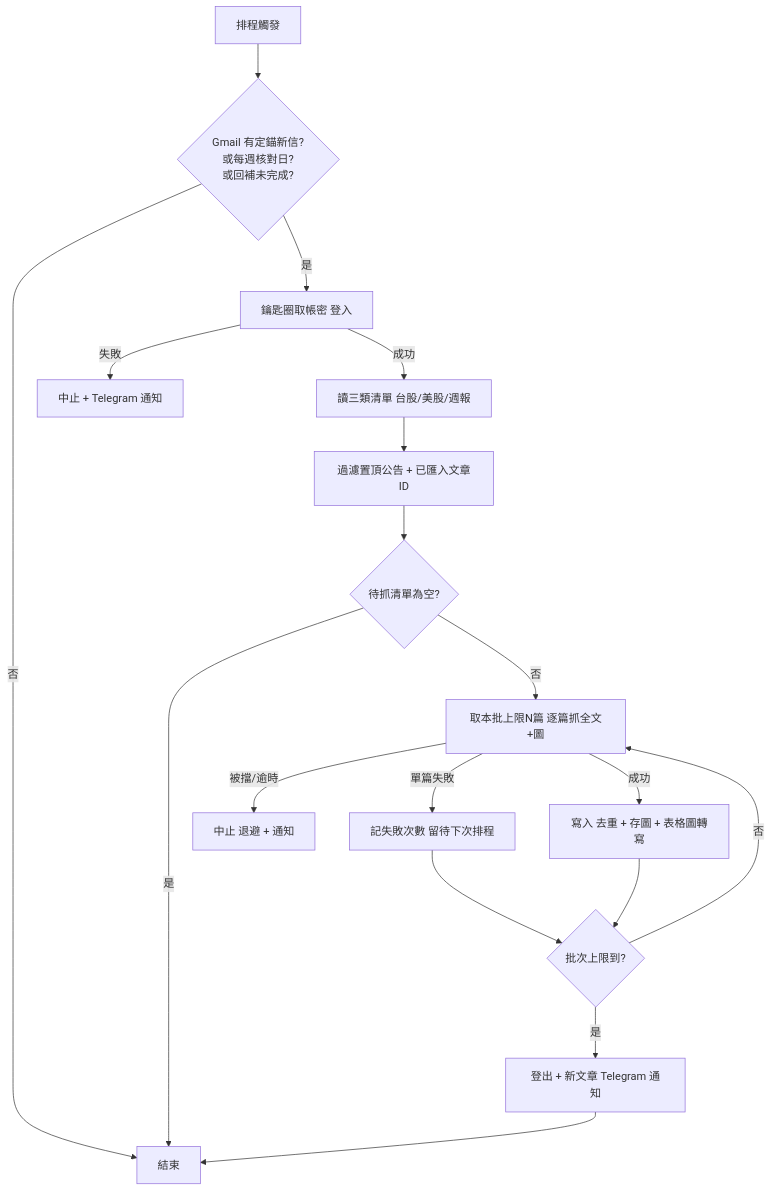
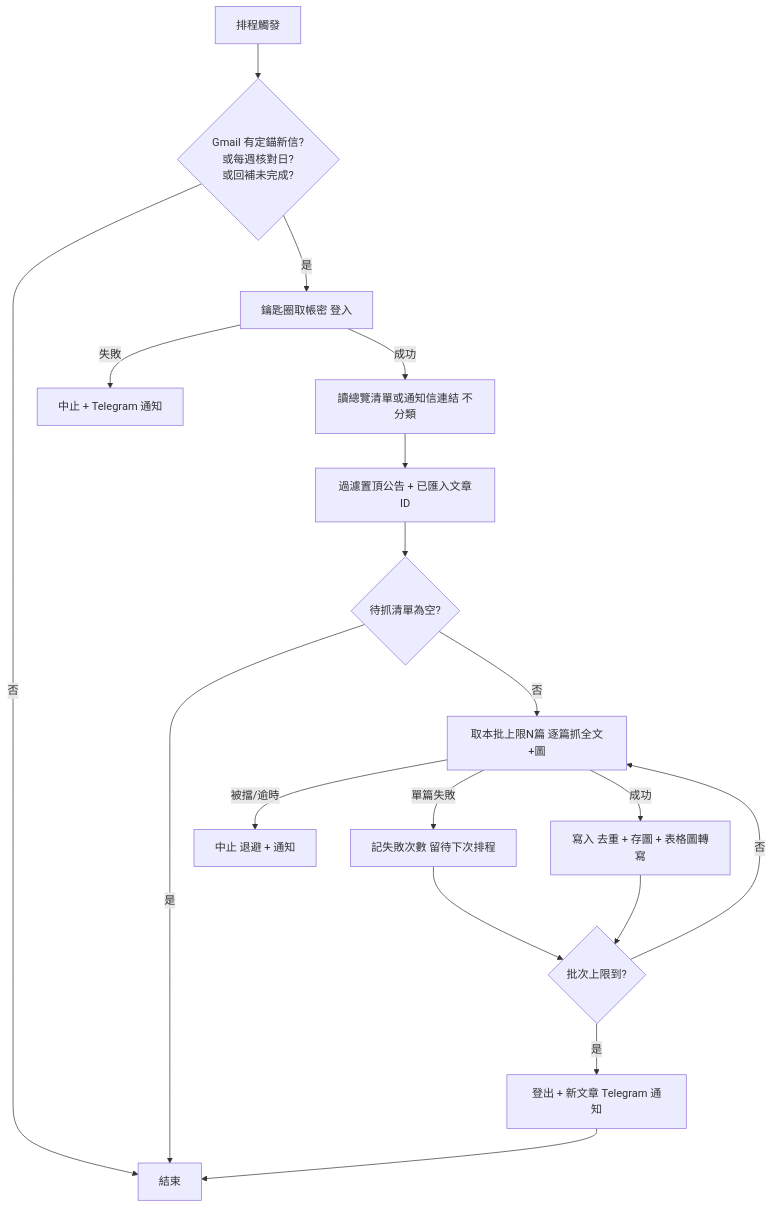
One commit to standerfly/AlphaVibe changed the diagram in docs/spec-intake/investanchors-import/supporting-artifacts/workflow-and-states.md. Above: the diagram before and after it, drawn with Mermaid. The commit also changed 9 other files, not shown here.

````diff
--- a/docs/spec-intake/investanchors-import/supporting-artifacts/workflow-and-states.md
+++ b/docs/spec-intake/investanchors-import/supporting-artifacts/workflow-and-states.md
@@ -5,20 +5,20 @@
 ```mermaid
 flowchart TD
     A[排程觸發] --> M{Gmail 有定錨新信?\n或每週核對日?\n或回補未完成?}
     M -- 否 --> Z
     M -- 是 --> C[鑰匙圈取帳密 登入]
     C -- 失敗 --> X[中止 + Telegram 通知]
-    C -- 成功 --> D[讀三類清單 台股/美股/週報]
+    C -- 成功 --> D[讀總覽清單或通知信連結 不分類]
     D --> E[過濾置頂公告 + 已匯入文章ID]
     E --> F{待抓清單為空?}
     F -- 是 --> Z[結束]
     F -- 否 --> G[取本批上限N篇 逐篇抓全文+圖]
     G -- 被擋/逾時 --> Y[中止 退避 + 通知]
     G -- 單篇失敗 --> R[記失敗次數 留待下次排程]
     R --> I
     G -- 成功 --> H[寫入 去重 + 存圖 + 表格圖轉寫]
     H --> I{批次上限到?}
     I -- 否 --> G
     I -- 是 --> L[登出 + 新文章 Telegram 通知]
     L --> Z
 ```
````
